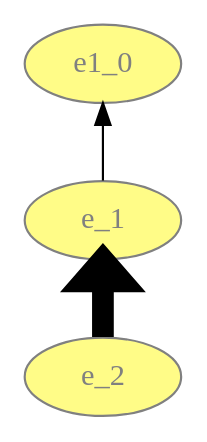
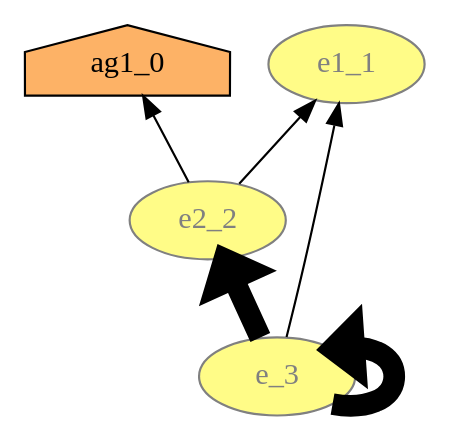
The diagram in modules-summarisation/service-summary/tmp.dot (lucmoreau/ProvToolbox), drawn with Graphviz before and after one commit. The commit also changed 28 other files, not shown here.

```diff
--- a/modules-summarisation/service-summary/tmp.dot
+++ b/modules-summarisation/service-summary/tmp.dot
@@ -1,35 +1,53 @@
 digraph "PROV" { size="16,12"; rankdir="BT";
-2 -> 0	[ color="#000000",
+0 -> 0	[ color="#000000",
 	  penwidth="10.0"]
 
-0 -> 1	[ color="#000000",
-	  penwidth="1.0"]
-
-1	[ fontcolor="#808080",
+3	[ fontcolor="#000000",
 	  style="filled",
 	  URL="T0",
-	  label="e1_0",
-	  color="#808080",
-	  fillcolor="#FFFC87",
+	  label="ag1_0",
+	  color="#000000",
+	  fillcolor="#FDB266",
 	  tooltip="T0",
-	  shape="ellipse",
+	  shape="house",
 	  width="1.0"]
 0	[ fontcolor="#808080",
 	  style="filled",
+	  URL="T3",
+	  label="e_3",
+	  color="#808080",
+	  fillcolor="#FFFC87",
+	  tooltip="T3",
+	  shape="ellipse",
+	  width="1.0"]
+1 -> 3	[ color="#000000",
+	  penwidth="1.0"]
+
+0 -> 2	[ color="#000000",
+	  penwidth="1.0"]
+
+2	[ fontcolor="#808080",
+	  style="filled",
 	  URL="T1",
-	  label="e_1",
+	  label="e1_1",
 	  color="#808080",
 	  fillcolor="#FFFC87",
 	  tooltip="T1",
 	  shape="ellipse",
 	  width="1.0"]
-2	[ fontcolor="#808080",
+0 -> 1	[ color="#000000",
+	  penwidth="10.0"]
+
+1	[ fontcolor="#808080",
 	  style="filled",
 	  URL="T2",
-	  label="e_2",
+	  label="e2_2",
 	  color="#808080",
 	  fillcolor="#FFFC87",
 	  tooltip="T2",
 	  shape="ellipse",
 	  width="1.0"]
+1 -> 2	[ color="#000000",
+	  penwidth="1.0"]
+
 }
```
